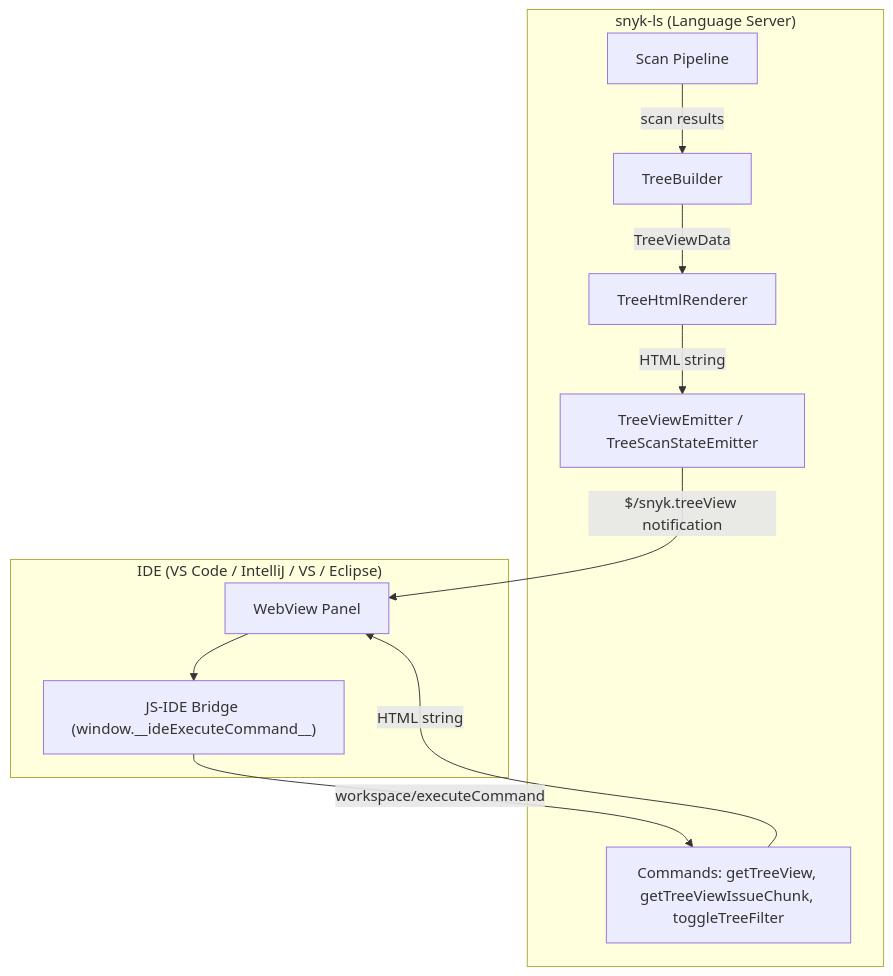
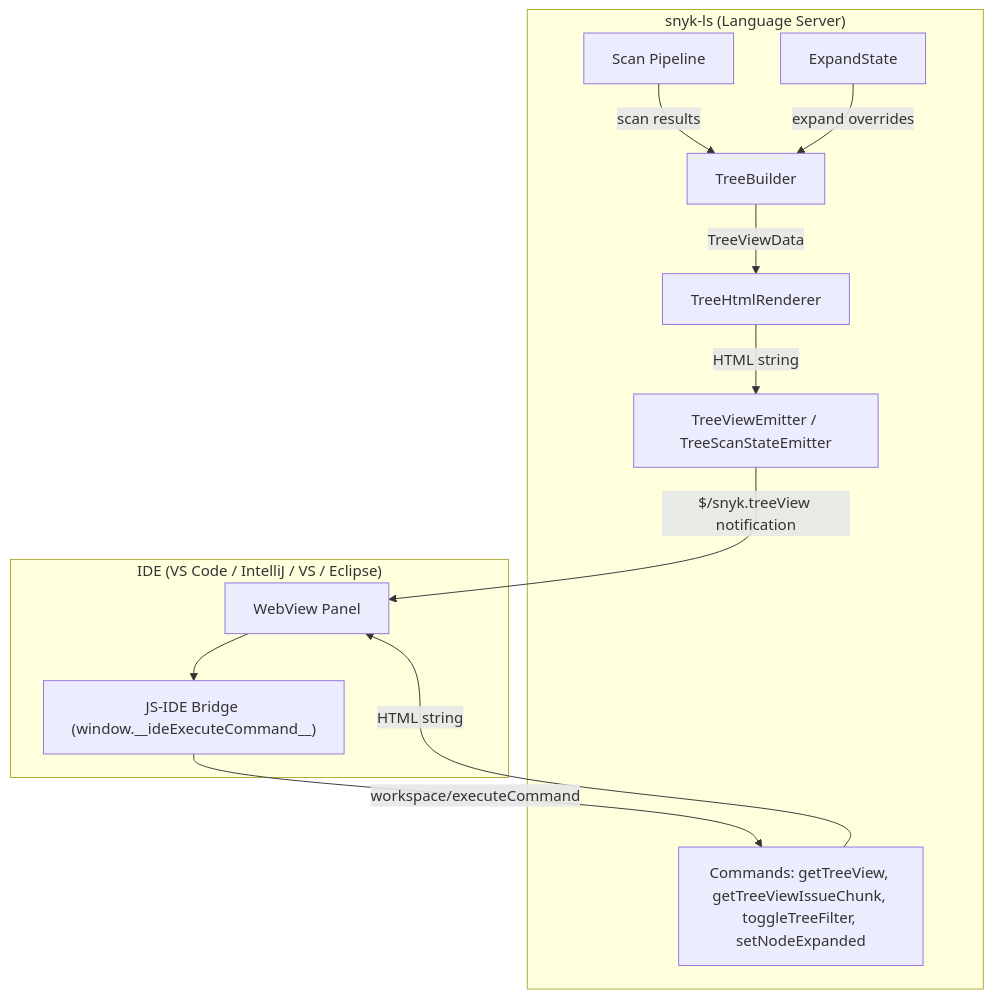
Before and after one commit to snyk/snyk-ls: the first of 3 diagrams in docs/tree-view.md, drawn with Mermaid. The commit also changed other lines of this file and 23 other files, not shown here.

First line of the commit message:
feat(treeview): deterministic IDs, expand/collapse persistence, filter refactor [IDE-1750]

````diff
--- a/docs/tree-view.md
+++ b/docs/tree-view.md
@@ -7,23 +7,25 @@
 ```mermaid
 graph TB
     subgraph LS["snyk-ls (Language Server)"]
         SC[Scan Pipeline]
         TB[TreeBuilder]
         TR[TreeHtmlRenderer]
         TE[TreeViewEmitter / TreeScanStateEmitter]
-        CMD[Commands: getTreeView, getTreeViewIssueChunk, toggleTreeFilter]
+        ES[ExpandState]
+        CMD[Commands: getTreeView, getTreeViewIssueChunk, toggleTreeFilter, setNodeExpanded]
     end
 
     subgraph IDE["IDE (VS Code / IntelliJ / VS / Eclipse)"]
         WV[WebView Panel]
         BR["JS-IDE Bridge (window.__ideExecuteCommand__)"]
     end
 
     SC -->|scan results| TB
+    ES -->|expand overrides| TB
     TB -->|TreeViewData| TR
     TR -->|HTML string| TE
     TE -->|"$/snyk.treeView notification"| WV
     CMD -->|HTML string| WV
     WV --> BR
     BR -->|"workspace/executeCommand"| CMD
 ```
````
